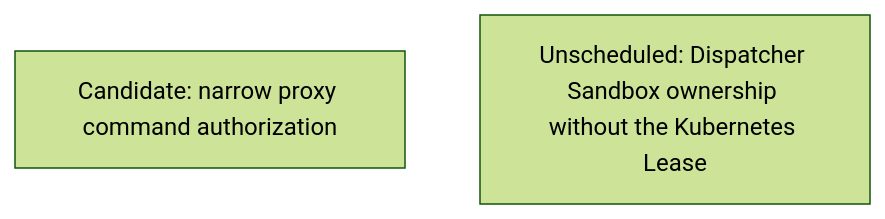
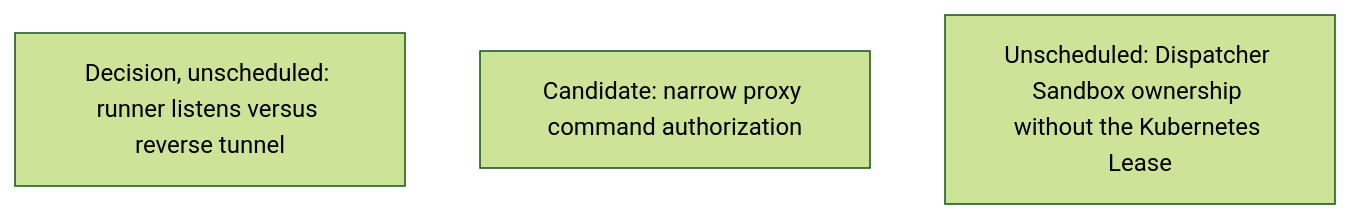
Diagram 16 of 20 in agentplane/plans/task_dag.md (agentydragon-agent/ducktape), drawn with Mermaid (forest theme) before and after one commit. The commit also changed other lines of this file, not shown here.

First line of the commit message:
docs(agentplane): consider runner as a gRPC server again (#12224)

````diff
--- a/agentplane/plans/task_dag.md
+++ b/agentplane/plans/task_dag.md
@@ -1545,5 +1545,6 @@
 ```mermaid
 flowchart TD
+    RUNNER_CONTROL_TRANSPORT_DESIGN[Decision, unscheduled: runner listens versus reverse tunnel]
     PROXY_START_METHODS_DISPATCHER_ONLY[Candidate: narrow proxy command authorization]
     DISPATCHER_OWNERSHIP_IN_POSTGRES[Unscheduled: Dispatcher Sandbox ownership without the Kubernetes Lease]
 ```
````
